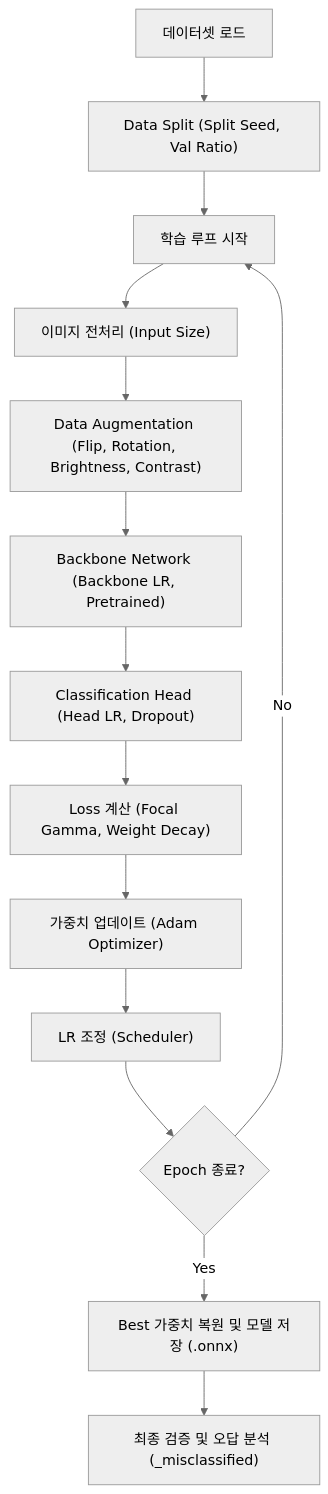
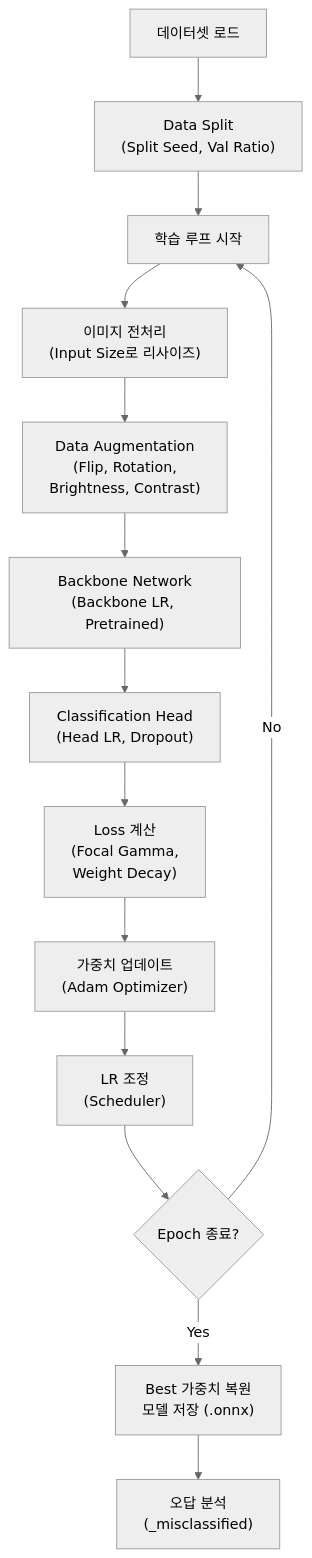
The first of 2 diagrams in ForeignBody Insp/Review/Classification_Tab_UI_Description.md (IshNar/ObsidianGitTest), drawn with Mermaid (neutral theme) before and after one commit. The commit also changed other lines of this file and 5 other files, not shown here.

````diff
--- a/ForeignBody Insp/Review/Classification_Tab_UI_Description.md
+++ b/ForeignBody Insp/Review/Classification_Tab_UI_Description.md
@@ -59,25 +99,16 @@
 ```mermaid
 graph TD
-    %% 1. 데이터 준비 및 분할
-    A["데이터셋 로드"] --> B["Data Split (Split Seed, Val Ratio)"]
+    A["데이터셋 로드"] --> B["Data Split<br/>(Split Seed, Val Ratio)"]
     B --> C["학습 루프 시작"]
-
-    %% 2. 증강 및 입력
-    C --> D["이미지 전처리 (Input Size)"]
-    D --> E["Data Augmentation (Flip, Rotation, Brightness, Contrast)"]
-    
-    %% 3. 모델 네트워크 및 최적화
-    E --> F["Backbone Network (Backbone LR, Pretrained)"]
-    F --> G["Classification Head (Head LR, Dropout)"]
-    G --> H["Loss 계산 (Focal Gamma, Weight Decay)"]
-    
-    %% 4. 역전파 및 스케줄링
-    H --> I["가중치 업데이트 (Adam Optimizer)"]
-    I --> J["LR 조정 (Scheduler)"]
-    
-    %% 5. 평가 및 저장
+    C --> D["이미지 전처리<br/>(Input Size로 리사이즈)"]
+    D --> E["Data Augmentation<br/>(Flip, Rotation,<br/>Brightness, Contrast)"]
+    E --> F["Backbone Network<br/>(Backbone LR, Pretrained)"]
+    F --> G["Classification Head<br/>(Head LR, Dropout)"]
+    G --> H["Loss 계산<br/>(Focal Gamma,<br/>Weight Decay)"]
+    H --> I["가중치 업데이트<br/>(Adam Optimizer)"]
+    I --> J["LR 조정<br/>(Scheduler)"]
     J --> K{"Epoch 종료?"}
     K -- No --> C
-    K -- Yes --> L["Best 가중치 복원 및 모델 저장 (.onnx)"]
-    L --> M["최종 검증 및 오답 분석 (_misclassified)"]
+    K -- Yes --> L["Best 가중치 복원<br/>모델 저장 (.onnx)"]
+    L --> M["오답 분석<br/>(_misclassified)"]
 ```
````
